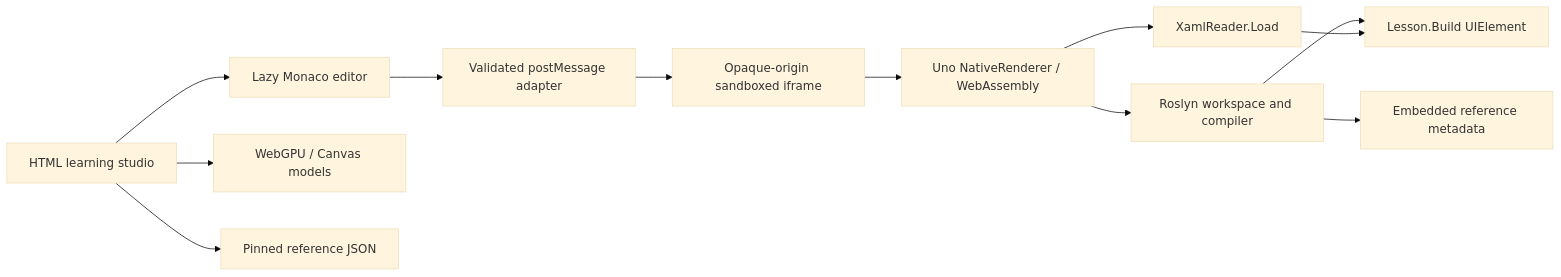
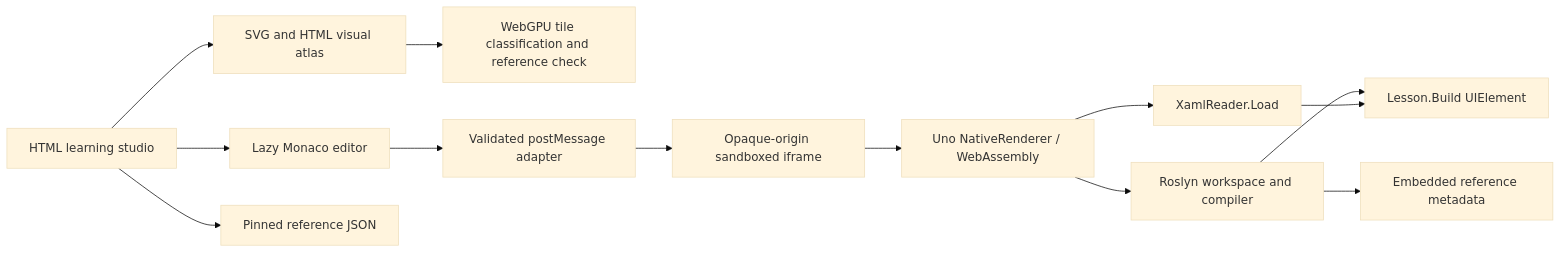
Before and after one commit to wieslawsoltes/LearnUno: the diagram in docs/architecture.md, drawn with Mermaid (base theme). The commit also changed other lines of this file and 2 other files, not shown here.

Commit message:
docs: align graphics architecture with verified tile models and refine grid presentation

````diff
--- a/docs/architecture.md
+++ b/docs/architecture.md
@@ -5,14 +5,15 @@
 ```mermaid
 flowchart LR
   Course[HTML learning studio] --> Editor[Lazy Monaco editor]
-  Course --> Models[WebGPU / Canvas models]
+  Course --> Models[SVG and HTML visual atlas]
+  Models --> GPU[WebGPU tile classification and reference check]
   Course --> Library[Pinned reference JSON]
   Editor --> Adapter[Validated postMessage adapter]
   Adapter --> Frame[Opaque-origin sandboxed iframe]
   Frame --> Uno[Uno NativeRenderer / WebAssembly]
   Uno --> Xaml[XamlReader.Load]
   Uno --> Roslyn[Roslyn workspace and compiler]
   Roslyn --> Metadata[Embedded reference metadata]
   Roslyn --> View[Lesson.Build UIElement]
   Xaml --> View
 ```
````
